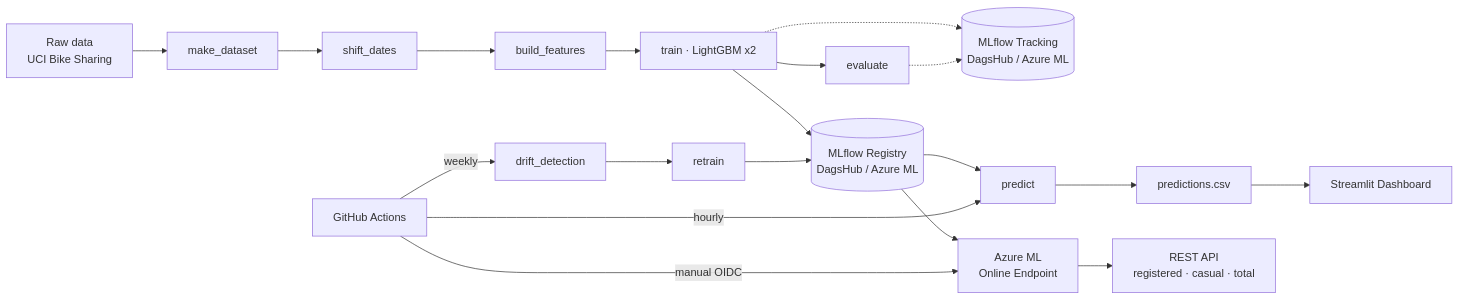
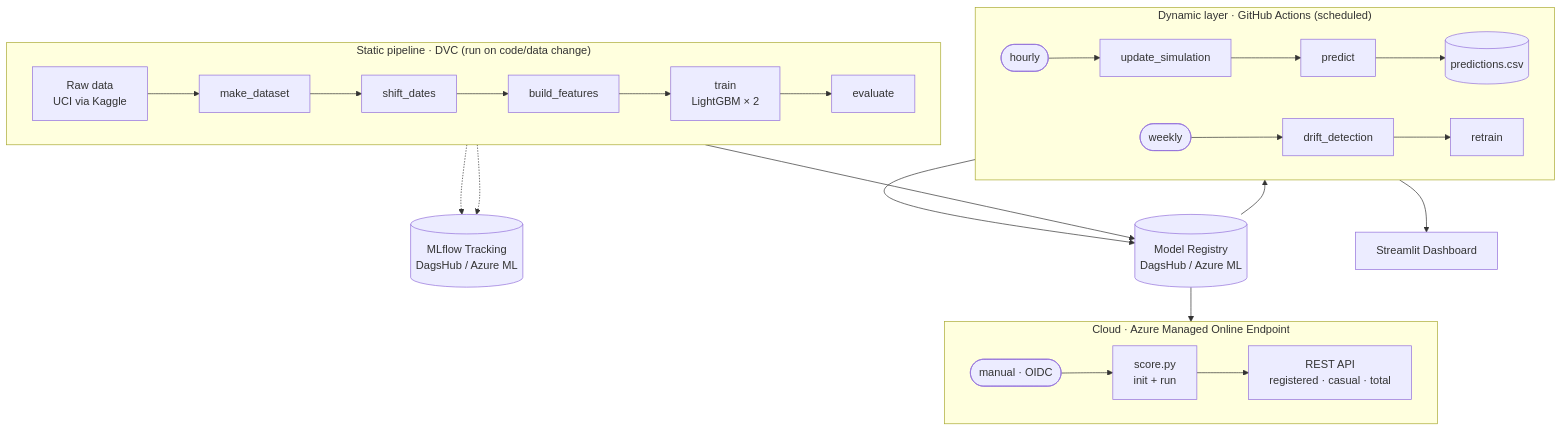
The diagram in README.md (robertogarces/bike-sharing-forecast), drawn with Mermaid before and after one commit. The commit also changed other lines of this file and 1 other file, not shown here.

Commit message:
docs: align metrics with evaluation artifact and polish README

````diff
--- a/README.md
+++ b/README.md
@@ -63,25 +63,30 @@
 ```mermaid
-flowchart LR
-    raw[Raw data\nUCI Bike Sharing] --> make[make_dataset]
-    make --> shift[shift_dates]
-    shift --> feat[build_features]
-    feat --> train[train · LightGBM x2]
-    train --> eval[evaluate]
-    train --> reg[(MLflow Registry\nDagsHub / Azure ML)]
-    train -.-> mlflow[(MLflow Tracking\nDagsHub / Azure ML)]
-    eval -.-> mlflow
+flowchart TB
+    subgraph static["Static pipeline · DVC (run on code/data change)"]
+        direction LR
+        raw["Raw data<br/>UCI via Kaggle"] --> make["make_dataset"] --> shift["shift_dates"] --> feat["build_features"] --> train["train<br/>LightGBM × 2"] --> eval["evaluate"]
+    end
 
-    reg --> predict[predict]
-    predict --> csv[predictions.csv]
-    csv --> dash[Streamlit Dashboard]
+    track[("MLflow Tracking<br/>DagsHub / Azure ML")]
+    reg[("Model Registry<br/>DagsHub / Azure ML")]
+    train --> reg
+    train -.-> track
+    eval -.-> track
 
-    reg --> endpoint[Azure ML\nOnline Endpoint]
-    endpoint --> api[REST API\nregistered · casual · total]
+    subgraph dynamic["Dynamic layer · GitHub Actions (scheduled)"]
+        direction LR
+        hourly(["hourly"]) --> update["update_simulation"] --> predict["predict"] --> preds[("predictions.csv")]
+        weekly(["weekly"]) --> drift["drift_detection"] --> retrain["retrain"]
+    end
 
-    drift[drift_detection] --> retrain[retrain]
+    reg --> predict
     retrain --> reg
+    preds --> dash["Streamlit Dashboard"]
 
-    gh[GitHub Actions] -->|hourly| predict
-    gh -->|weekly| drift
-    gh -->|manual OIDC| endpoint
+    subgraph cloud["Cloud · Azure Managed Online Endpoint"]
+        direction LR
+        deploy(["manual · OIDC"]) --> endpoint["score.py<br/>init + run"] --> api["REST API<br/>registered · casual · total"]
+    end
+
+    reg --> endpoint
 ```
````
